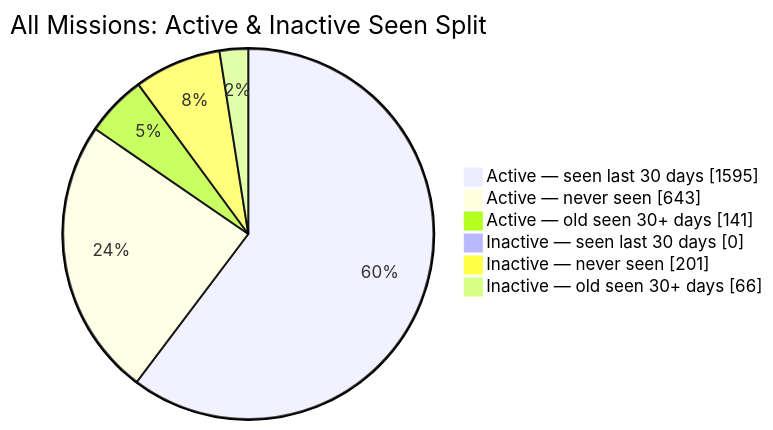
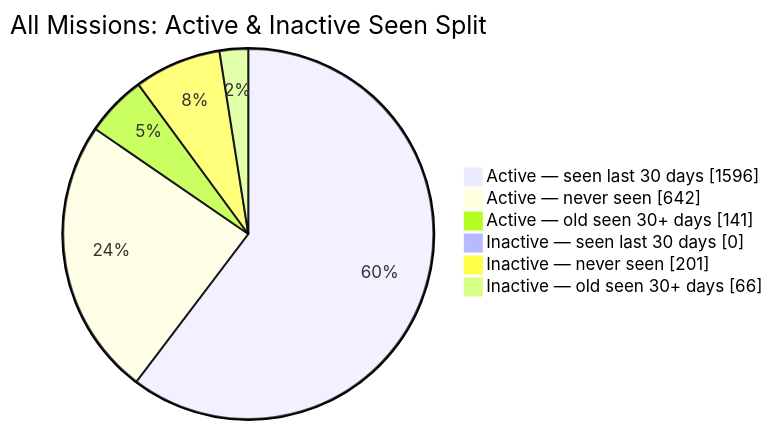
Before and after one commit to MeldkamerspelGameTeam/active-missions: the second of 2 diagrams in README.md, drawn with Mermaid. The commit also changed other lines of this file and 2 other files, not shown here.

````diff
--- a/README.md
+++ b/README.md
@@ -44,10 +44,10 @@
 ```mermaid
 pie showData
     title All Missions: Active & Inactive Seen Split
-    "Active — seen last 30 days" : 1595
-    "Active — never seen" : 643
+    "Active — seen last 30 days" : 1596
+    "Active — never seen" : 642
     "Active — old seen 30+ days" : 141
     "Inactive — seen last 30 days" : 0
     "Inactive — never seen" : 201
     "Inactive — old seen 30+ days" : 66
 ```
````
